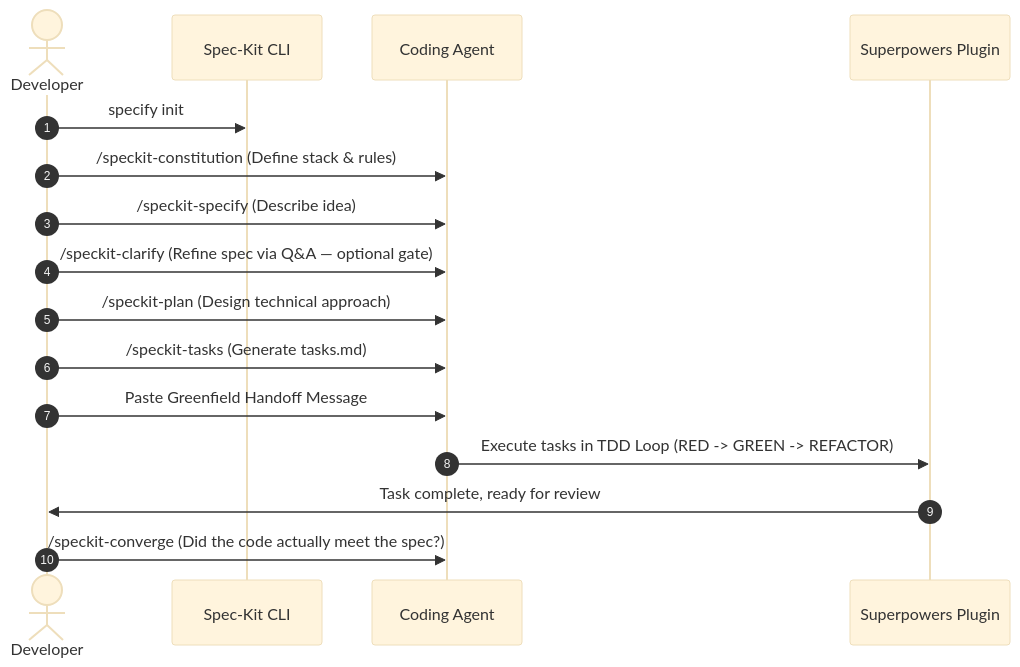
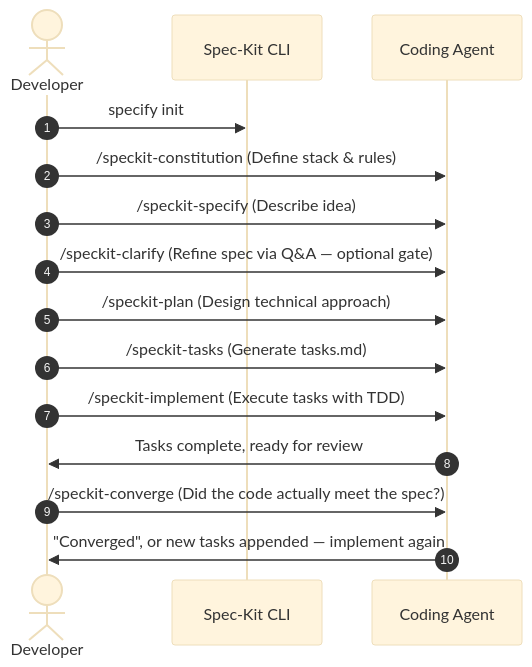
The first of 2 diagrams in docs/greenfield.md (exponen-agi/ai-engineering-cookbook), drawn with Mermaid (base theme) before and after one commit. The commit also changed other lines of this file and 16 other files, not shown here.

First line of the commit message:
docs(workflow): Spec-Kit executes; Superpowers becomes an optional TDD layer

````diff
--- a/docs/greenfield.md
+++ b/docs/greenfield.md
@@ -9,19 +9,18 @@
 ```mermaid
 sequenceDiagram
     autonumber
     actor Developer
     participant SpecKit as Spec-Kit CLI
     participant Agent as Coding Agent
-    participant Superpowers as Superpowers Plugin
 
     Developer->>SpecKit: specify init
     Developer->>Agent: /speckit-constitution (Define stack & rules)
     Developer->>Agent: /speckit-specify (Describe idea)
     Developer->>Agent: /speckit-clarify (Refine spec via Q&A — optional gate)
     Developer->>Agent: /speckit-plan (Design technical approach)
     Developer->>Agent: /speckit-tasks (Generate tasks.md)
-    Developer->>Agent: Paste Greenfield Handoff Message
-    Agent->>Superpowers: Execute tasks in TDD Loop (RED -> GREEN -> REFACTOR)
-    Superpowers->>Developer: Task complete, ready for review
+    Developer->>Agent: /speckit-implement (Execute tasks with TDD)
+    Agent->>Developer: Tasks complete, ready for review
     Developer->>Agent: /speckit-converge (Did the code actually meet the spec?)
+    Agent->>Developer: "Converged", or new tasks appended — implement again
 ```
````
